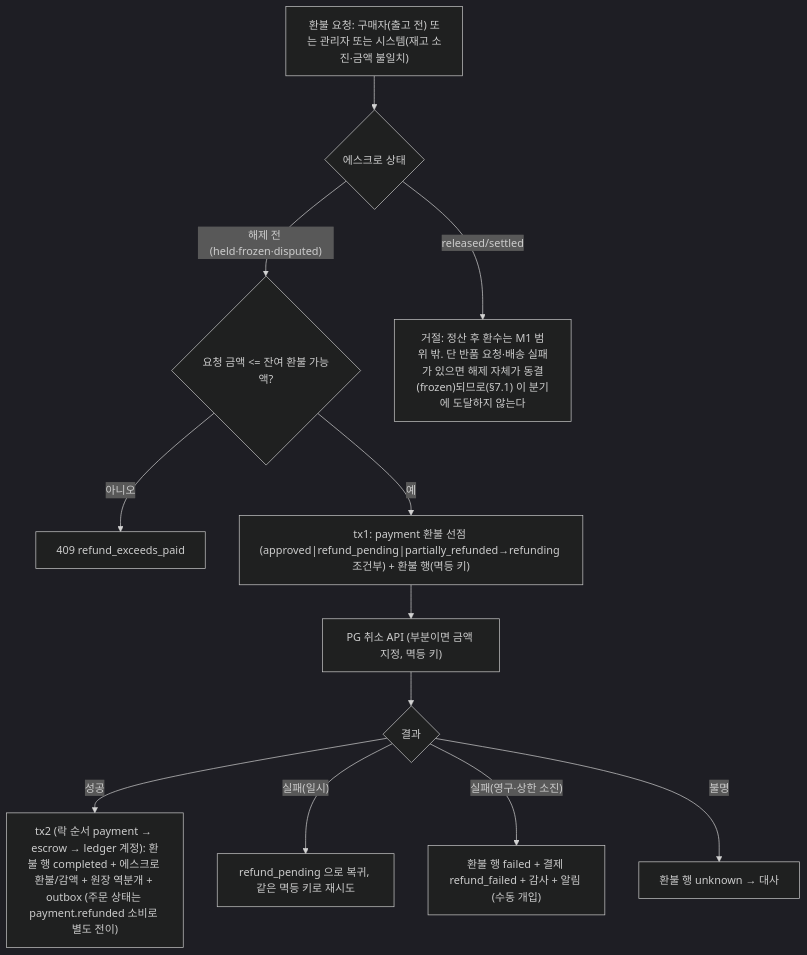
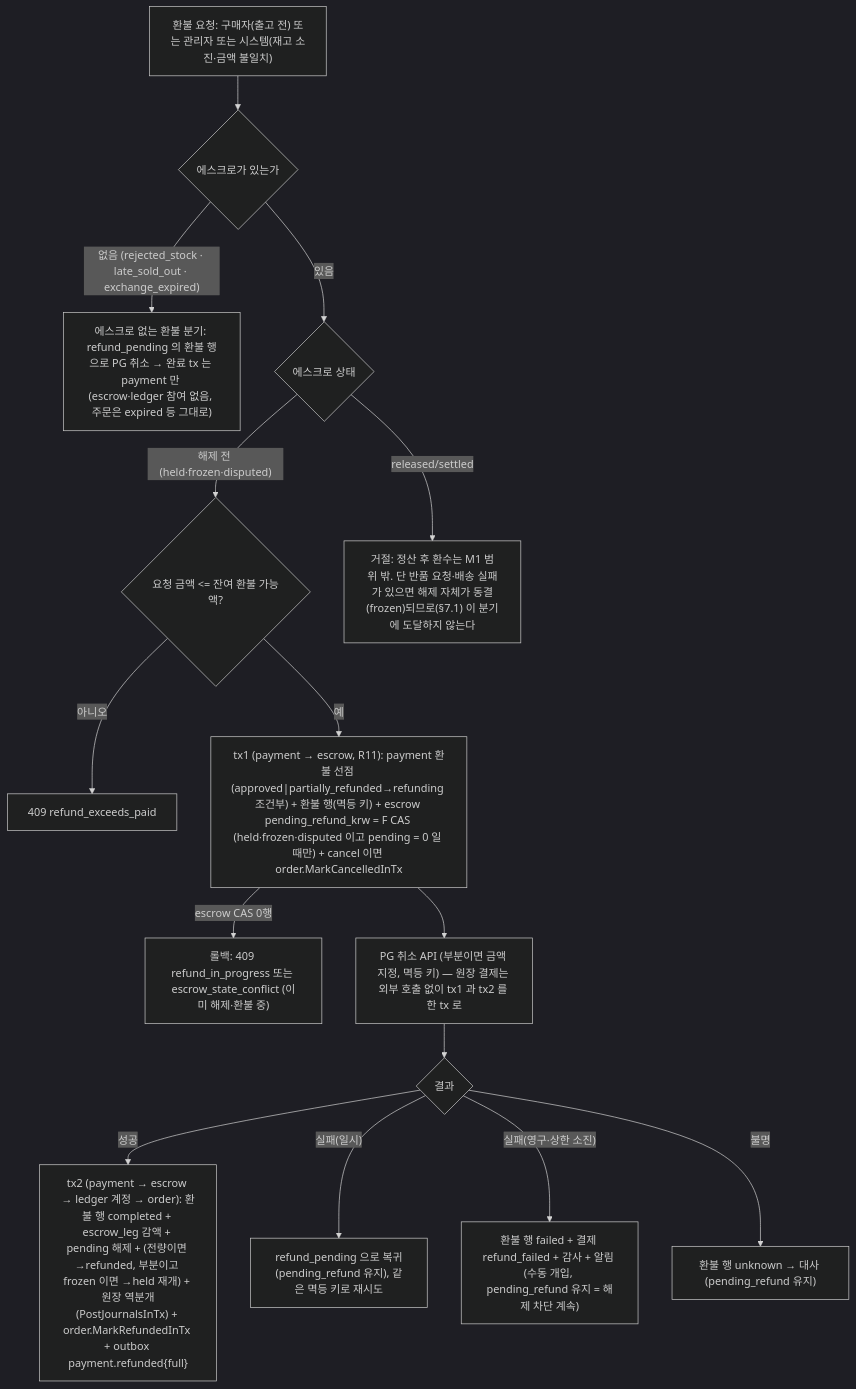
Diagram 16 of 28 in docs/design/phases/02-commerce.md (1985jwlee/portpolio_backend), drawn with Mermaid (dark theme) before and after one commit. The commit also changed other lines of this file and 33 other files, not shown here.

````diff
--- a/docs/design/phases/02-commerce.md
+++ b/docs/design/phases/02-commerce.md
@@ -849,14 +865,17 @@
 ```mermaid
 flowchart TD
-    A["환불 요청: 구매자(출고 전) 또는 관리자 또는 시스템(재고 소진·금액 불일치)"] --> B{"에스크로 상태"}
+    A["환불 요청: 구매자(출고 전) 또는 관리자 또는 시스템(재고 소진·금액 불일치)"] --> Z{"에스크로가 있는가"}
+    Z -- "없음 (rejected_stock · late_sold_out · exchange_expired)" --> NE["에스크로 없는 환불 분기: refund_pending 의 환불 행으로 PG 취소 → 완료 tx 는 payment 만 (escrow·ledger 참여 없음, 주문은 expired 등 그대로)"]
+    Z -- "있음" --> B{"에스크로 상태"}
     B -- "해제 전 (held·frozen·disputed)" --> C{"요청 금액 <= 잔여 환불 가능액?"}
     B -- "released/settled" --> X["거절: 정산 후 환수는 M1 범위 밖. 단 반품 요청·배송 실패가 있으면 해제 자체가 동결(frozen)되므로(§7.1) 이 분기에 도달하지 않는다"]
     C -- "아니오" --> X2["409 refund_exceeds_paid"]
-    C -- "예" --> D["tx1: payment 환불 선점 (approved|refund_pending|partially_refunded→refunding 조건부) + 환불 행(멱등 키)"]
-    D --> E["PG 취소 API (부분이면 금액 지정, 멱등 키)"]
+    C -- "예" --> D["tx1 (payment → escrow, R11): payment 환불 선점 (approved|partially_refunded→refunding 조건부) + 환불 행(멱등 키) + escrow pending_refund_krw = F CAS (held·frozen·disputed 이고 pending = 0 일 때만) + cancel 이면 order.MarkCancelledInTx"]
+    D -- "escrow CAS 0행" --> X3["롤백: 409 refund_in_progress 또는 escrow_state_conflict (이미 해제·환불 중)"]
+    D --> E["PG 취소 API (부분이면 금액 지정, 멱등 키) — 원장 결제는 외부 호출 없이 tx1 과 tx2 를 한 tx 로"]
     E --> F{"결과"}
-    F -- "성공" --> G["tx2 (락 순서 payment → escrow → ledger 계정): 환불 행 completed + 에스크로 환불/감액 + 원장 역분개 + outbox (주문 상태는 payment.refunded 소비로 별도 전이)"]
-    F -- "실패(일시)" --> H0["refund_pending 으로 복귀, 같은 멱등 키로 재시도"]
-    F -- "실패(영구·상한 소진)" --> H["환불 행 failed + 결제 refund_failed + 감사 + 알림 (수동 개입)"]
-    F -- "불명" --> I["환불 행 unknown → 대사"]
+    F -- "성공" --> G["tx2 (payment → escrow → ledger 계정 → order): 환불 행 completed + escrow_leg 감액 + pending 해제 + (전량이면 →refunded, 부분이고 frozen 이면 →held 재개) + 원장 역분개(PostJournalsInTx) + order.MarkRefundedInTx + outbox payment.refunded{full}"]
+    F -- "실패(일시)" --> H0["refund_pending 으로 복귀(pending_refund 유지), 같은 멱등 키로 재시도"]
+    F -- "실패(영구·상한 소진)" --> H["환불 행 failed + 결제 refund_failed + 감사 + 알림 (수동 개입, pending_refund 유지 = 해제 차단 계속)"]
+    F -- "불명" --> I["환불 행 unknown → 대사 (pending_refund 유지)"]
 ```
````
